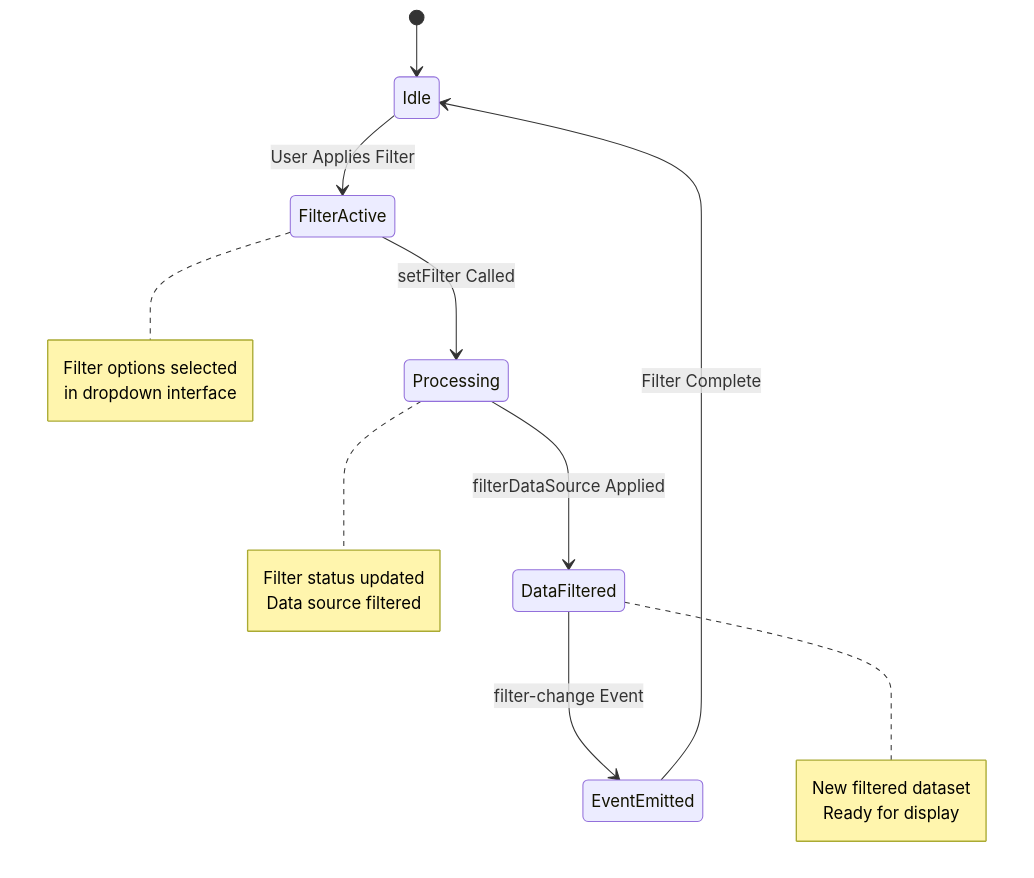
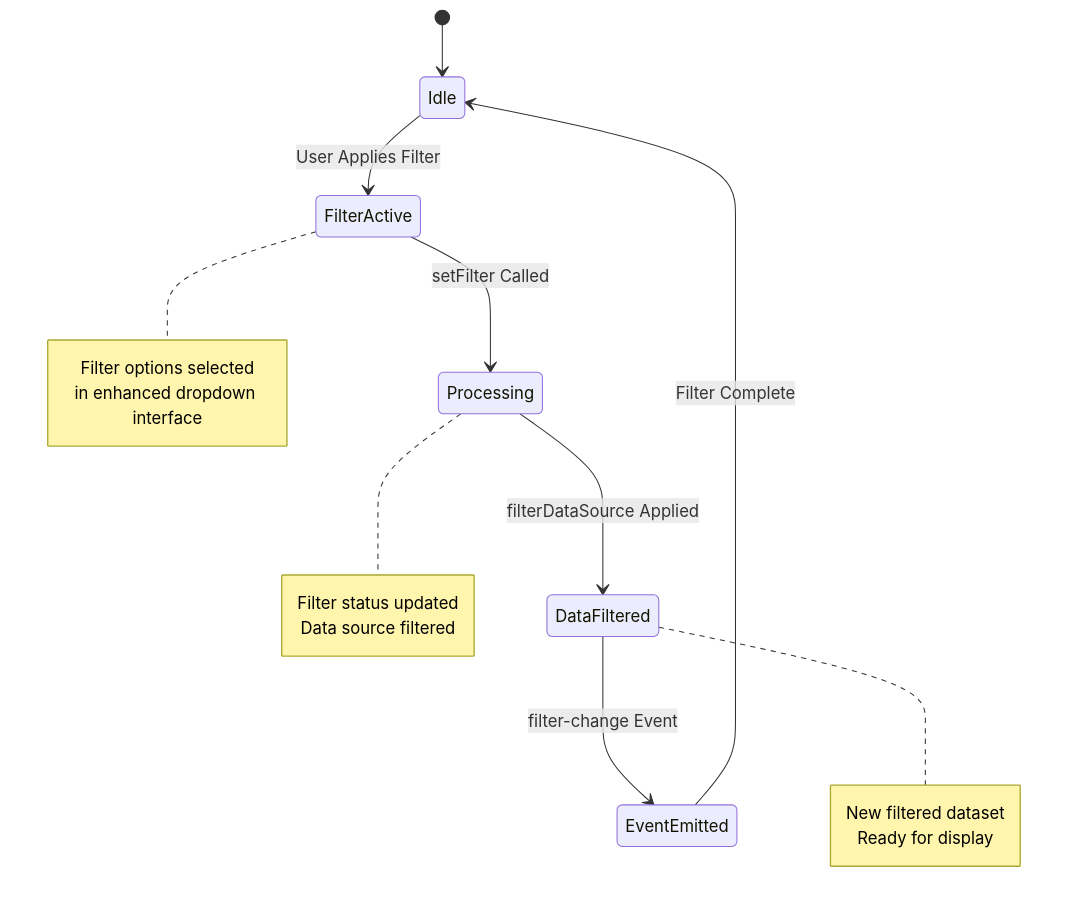
One commit to ja-plus/stk-table-vue changed the ninth of 9 diagrams in .qoder/repowiki/en/content/Basic Features/Filter System.md. Above: the diagram before and after it, drawn with Mermaid. The commit also changed other lines of this file and 9 other files, not shown here.

````diff
--- a/.qoder/repowiki/en/content/Basic Features/Filter System.md
+++ b/.qoder/repowiki/en/content/Basic Features/Filter System.md
@@ -265,21 +341,21 @@
 ```mermaid
 stateDiagram-v2
 [*] --> Idle
 Idle --> FilterActive : User Applies Filter
 FilterActive --> Processing : setFilter Called
 Processing --> DataFiltered : filterDataSource Applied
 DataFiltered --> EventEmitted : filter-change Event
 EventEmitted --> Idle : Filter Complete
 note right of FilterActive
 Filter options selected
-in dropdown interface
+in enhanced dropdown interface
 end note
 note right of Processing
 Filter status updated
 Data source filtered
 end note
 note right of DataFiltered
 New filtered dataset
 Ready for display
 end note
 ```
````
